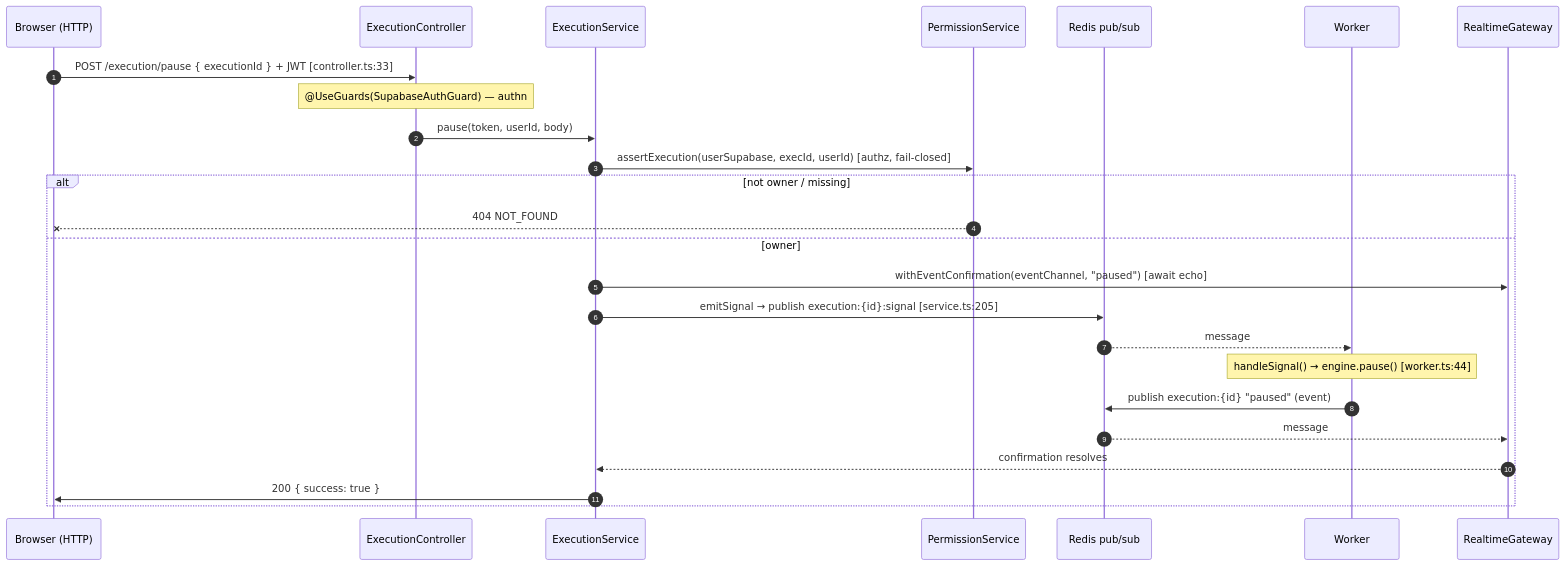
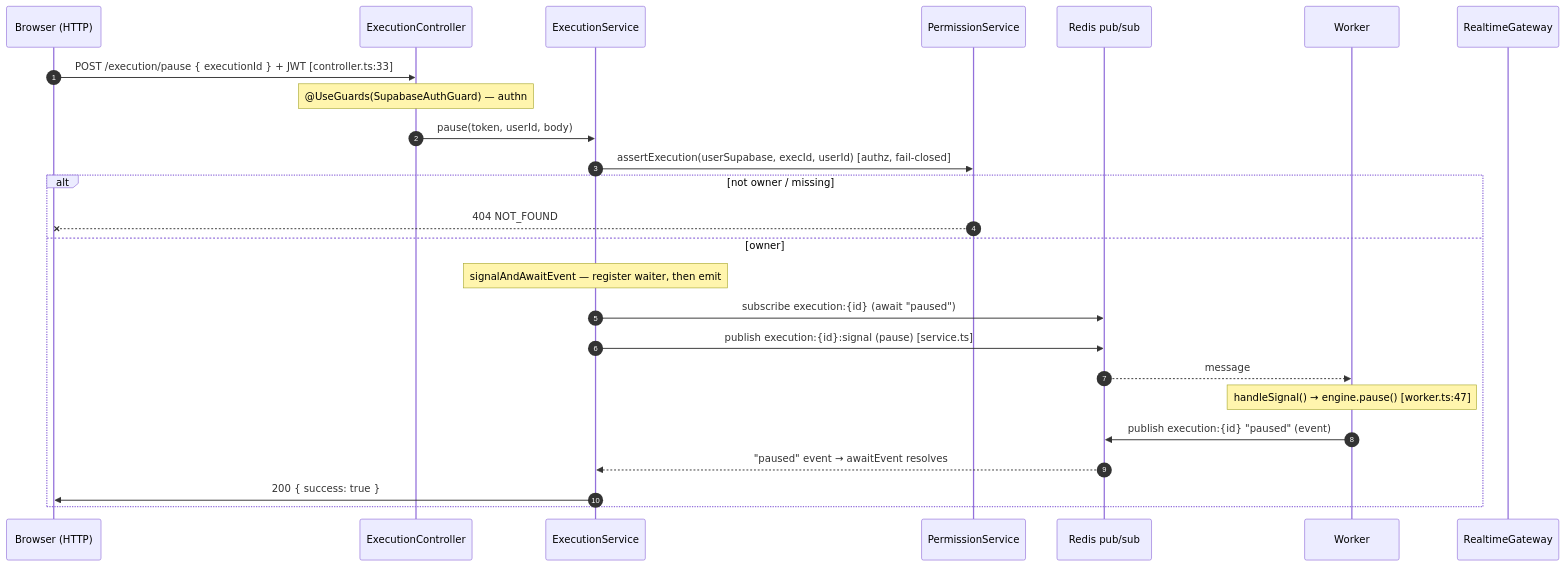
One commit to RolandTeslaru/Pretzel-Graph changed the third of 4 diagrams in docs/realtime-event-signal-flow.md. Above: the diagram before and after it, drawn with Mermaid. The commit also changed other lines of this file and 30 other files, not shown here.

````diff
--- a/docs/realtime-event-signal-flow.md
+++ b/docs/realtime-event-signal-flow.md
@@ -97,28 +97,28 @@
 ```mermaid
 sequenceDiagram
     autonumber
     participant C as Browser (HTTP)
     participant Ctl as ExecutionController
     participant Svc as ExecutionService
     participant P as PermissionService
     participant R as Redis pub/sub
     participant W as Worker
     participant G as RealtimeGateway
 
     C->>Ctl: POST /execution/pause { executionId } + JWT [controller.ts:33]
     Note over Ctl: @UseGuards(SupabaseAuthGuard) — authn
     Ctl->>Svc: pause(token, userId, body)
     Svc->>P: assertExecution(userSupabase, execId, userId) [authz, fail-closed]
     alt not owner / missing
         P--xC: 404 NOT_FOUND
     else owner
-        Svc->>G: withEventConfirmation(eventChannel, "paused") [await echo]
-        Svc->>R: emitSignal → publish execution:{id}:signal [service.ts:205]
+        Note over Svc: signalAndAwaitEvent — register waiter, then emit
+        Svc->>R: subscribe execution:{id} (await "paused")
+        Svc->>R: publish execution:{id}:signal (pause) [service.ts]
         R-->>W: message
-        Note over W: handleSignal() → engine.pause() [worker.ts:44]
+        Note over W: handleSignal() → engine.pause() [worker.ts:47]
         W->>R: publish execution:{id} "paused" (event)
-        R-->>G: message
-        G-->>Svc: confirmation resolves
+        R-->>Svc: "paused" event → awaitEvent resolves
         Svc->>C: 200 { success: true }
     end
 ```
````
